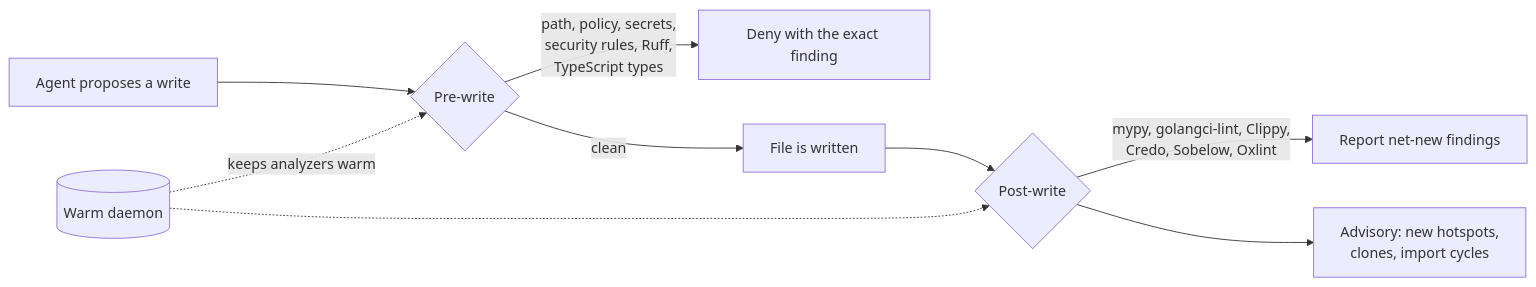
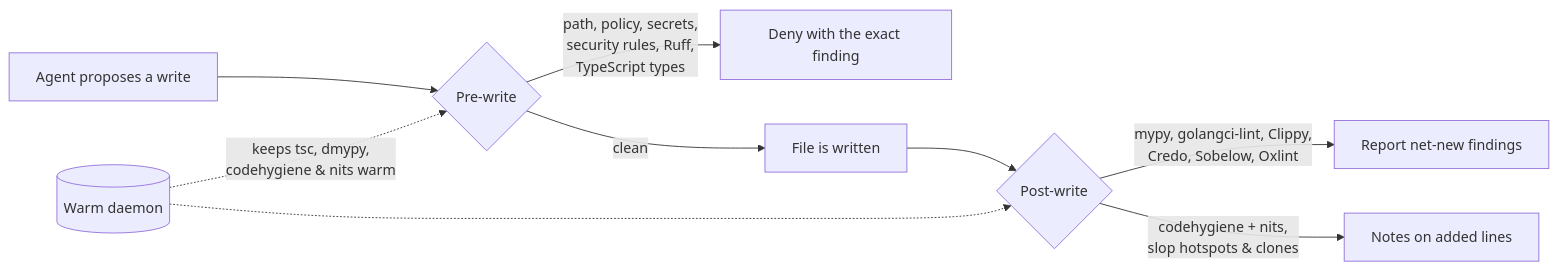
The diagram in README.md (alfredosdpiii/loki), drawn with Mermaid before and after one commit. The commit also changed other lines of this file and 3 other files, not shown here.

Commit message:
Document codehygiene + nits in README with recorded terminal demo GIF

````diff
--- a/README.md
+++ b/README.md
@@ -147,11 +153,11 @@
 ```mermaid
 flowchart LR
     A[Agent proposes a write] --> B{Pre-write}
     B -->|path, policy, secrets,<br/>security rules, Ruff,<br/>TypeScript types| C[Deny with the exact finding]
     B -->|clean| D[File is written]
     D --> E{Post-write}
     E -->|mypy, golangci-lint, Clippy,<br/>Credo, Sobelow, Oxlint| F[Report net-new findings]
-    E --> G[Advisory: new hotspots,<br/>clones, import cycles]
-    H[(Warm daemon)] -. keeps analyzers warm .-> B
+    E -->|codehygiene + nits,<br/>slop hotspots & clones| G[Notes on added lines]
+    H[(Warm daemon)] -. keeps tsc, dmypy,<br/>codehygiene & nits warm .-> B
     H -.-> E
 ```
````
